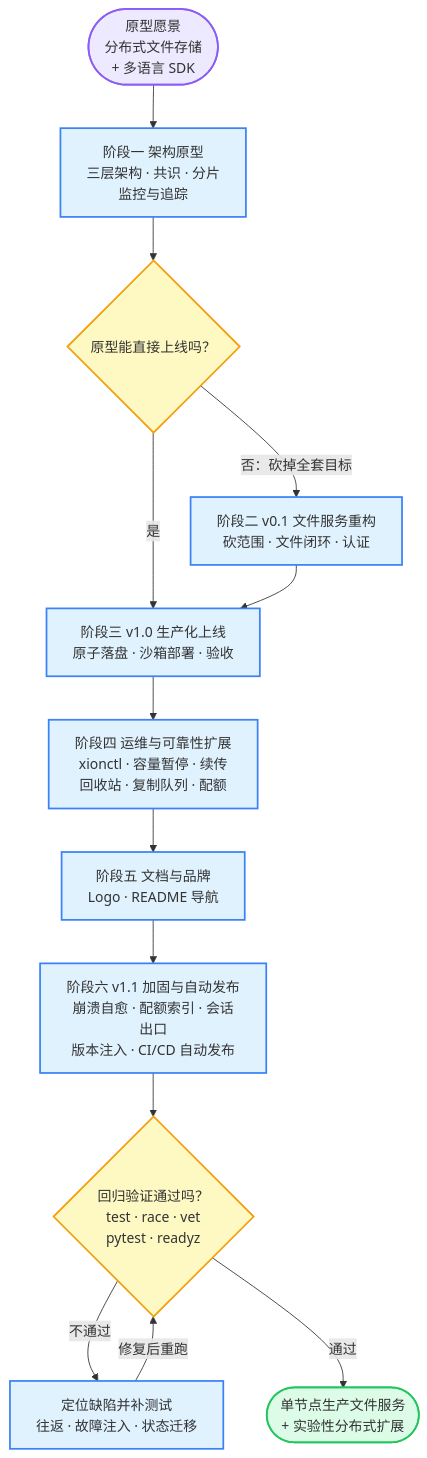
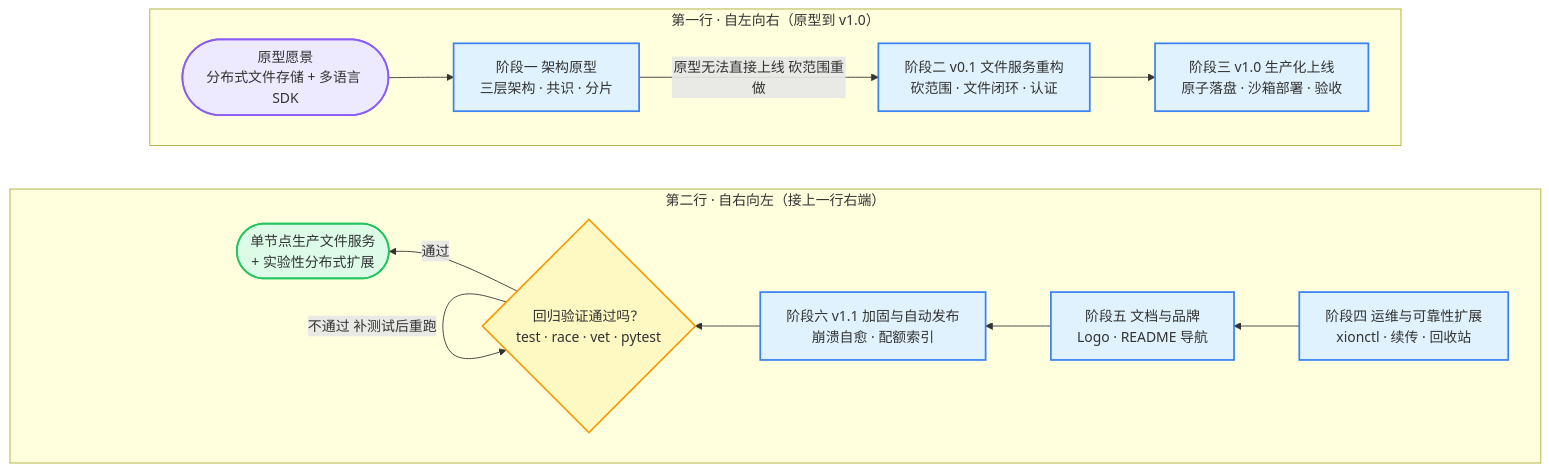
The third of 3 diagrams in 开发指南.md (Kylinlixd/AstraStoreXion), drawn with Mermaid before and after one commit. The commit also changed other lines of this file, not shown here.

Commit message:
docs: 流程图改为回行排列，横向铺开不再竖排

````diff
--- a/开发指南.md
+++ b/开发指南.md
@@ -71,28 +71,32 @@
 ```mermaid
-graph TB
+graph LR
     classDef startend fill:#EDE9FE,stroke:#8B5CF6,stroke-width:2px
     classDef process fill:#E0F2FE,stroke:#3B82F6,stroke-width:2px
     classDef decision fill:#FEF9C3,stroke:#F59E0B,stroke-width:2px
     classDef result fill:#DCFCE7,stroke:#22C55E,stroke-width:2px
 
-    A(["原型愿景<br/>分布式文件存储<br/>+ 多语言 SDK"]):::startend
-    B["阶段一 架构原型<br/>三层架构 · 共识 · 分片<br/>监控与追踪"]:::process
-    C{"原型能直接上线吗？"}:::decision
-    D["阶段二 v0.1 文件服务重构<br/>砍范围 · 文件闭环 · 认证"]:::process
-    E["阶段三 v1.0 生产化上线<br/>原子落盘 · 沙箱部署 · 验收"]:::process
-    F["阶段四 运维与可靠性扩展<br/>xionctl · 容量暂停 · 续传<br/>回收站 · 复制队列 · 配额"]:::process
-    G["阶段五 文档与品牌<br/>Logo · README 导航"]:::process
-    H["阶段六 v1.1 加固与自动发布<br/>崩溃自愈 · 配额索引 · 会话出口<br/>版本注入 · CI/CD 自动发布"]:::process
-    I{"回归验证通过吗？<br/>test · race · vet<br/>pytest · readyz"}:::decision
-    J["定位缺陷并补测试<br/>往返 · 故障注入 · 状态迁移"]:::process
-    K(["单节点生产文件服务<br/>+ 实验性分布式扩展"]):::result
+    subgraph ROW2["第二行 · 自右向左（接上一行右端）"]
+        direction RL
+        F["阶段四 运维与可靠性扩展<br/>xionctl · 续传 · 回收站"]:::process
+        G["阶段五 文档与品牌<br/>Logo · README 导航"]:::process
+        H["阶段六 v1.1 加固与自动发布<br/>崩溃自愈 · 配额索引"]:::process
+        I{"回归验证通过吗？<br/>test · race · vet · pytest"}:::decision
+        K(["单节点生产文件服务<br/>+ 实验性分布式扩展"]):::result
+        F --> G
+        G --> H
+        H --> I
+        I -->|通过| K
+        I -->|不通过 补测试后重跑| I
+    end
 
-    A --> B --> C
-    C -->|否：砍掉全套目标| D
-    C -->|是| E
-    D --> E
-    E --> F --> G --> H --> I
-    I -->|不通过| J
-    J -->|修复后重跑| I
-    I -->|通过| K
+    subgraph ROW1["第一行 · 自左向右（原型到 v1.0）"]
+        direction LR
+        A(["原型愿景<br/>分布式文件存储 + 多语言 SDK"]):::startend
+        B["阶段一 架构原型<br/>三层架构 · 共识 · 分片"]:::process
+        D["阶段二 v0.1 文件服务重构<br/>砍范围 · 文件闭环 · 认证"]:::process
+        E["阶段三 v1.0 生产化上线<br/>原子落盘 · 沙箱部署 · 验收"]:::process
+        A --> B
+        B -->|原型无法直接上线 砍范围重做| D
+        D --> E
+    end
 ```
````
